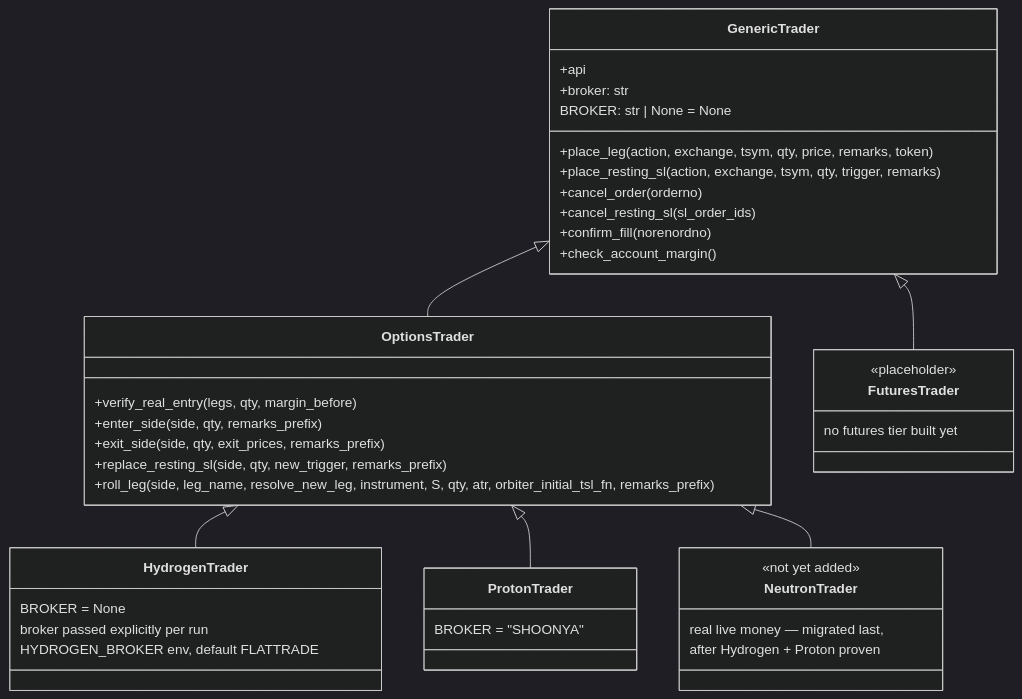
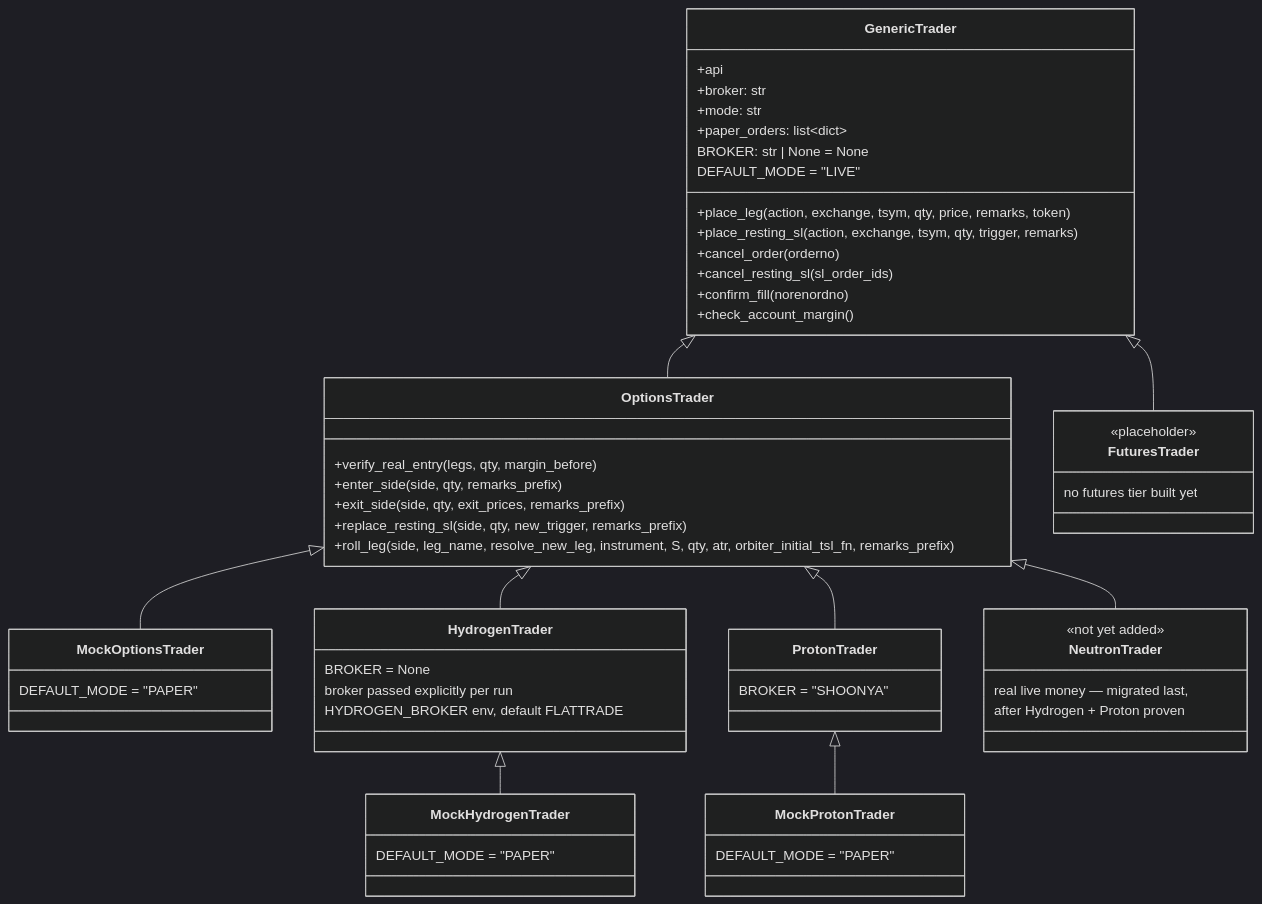
Before and after one commit to venkatseshadri/antariskh: the diagram in docs/ELEMENTS_OOP_ARCHITECTURE.md, drawn with Mermaid (dark theme). The commit also changed other lines of this file, not shown here.

First line of the commit message:
docs: elements.py OOP hierarchy — mode injection + PAPER call recording

````diff
--- a/docs/ELEMENTS_OOP_ARCHITECTURE.md
+++ b/docs/ELEMENTS_OOP_ARCHITECTURE.md
@@ -17,49 +17,67 @@
 ```mermaid
 classDiagram
     class GenericTrader {
         +api
         +broker: str
+        +mode: str
+        +paper_orders: list~dict~
         BROKER: str | None = None
+        DEFAULT_MODE = "LIVE"
         +place_leg(action, exchange, tsym, qty, price, remarks, token)
         +place_resting_sl(action, exchange, tsym, qty, trigger, remarks)
         +cancel_order(orderno)
         +cancel_resting_sl(sl_order_ids)
         +confirm_fill(norenordno)
         +check_account_margin()
     }
 
     class OptionsTrader {
         +verify_real_entry(legs, qty, margin_before)
         +enter_side(side, qty, remarks_prefix)
         +exit_side(side, qty, exit_prices, remarks_prefix)
         +replace_resting_sl(side, qty, new_trigger, remarks_prefix)
         +roll_leg(side, leg_name, resolve_new_leg, instrument, S, qty, atr, orbiter_initial_tsl_fn, remarks_prefix)
     }
 
+    class MockOptionsTrader {
+        DEFAULT_MODE = "PAPER"
+    }
+
     class FuturesTrader {
         <<placeholder>>
         no futures tier built yet
     }
 
     class HydrogenTrader {
         BROKER = None
         broker passed explicitly per run
         HYDROGEN_BROKER env, default FLATTRADE
     }
 
+    class MockHydrogenTrader {
+        DEFAULT_MODE = "PAPER"
+    }
+
     class ProtonTrader {
         BROKER = "SHOONYA"
+    }
+
+    class MockProtonTrader {
+        DEFAULT_MODE = "PAPER"
     }
 
     class NeutronTrader {
         <<not yet added>>
         real live money — migrated last,
         after Hydrogen + Proton proven
     }
 
     GenericTrader <|-- OptionsTrader
     GenericTrader <|-- FuturesTrader
+    OptionsTrader <|-- MockOptionsTrader
     OptionsTrader <|-- HydrogenTrader
     OptionsTrader <|-- ProtonTrader
     OptionsTrader <|-- NeutronTrader
+    HydrogenTrader <|-- MockHydrogenTrader
+    ProtonTrader <|-- MockProtonTrader
 ```
````
